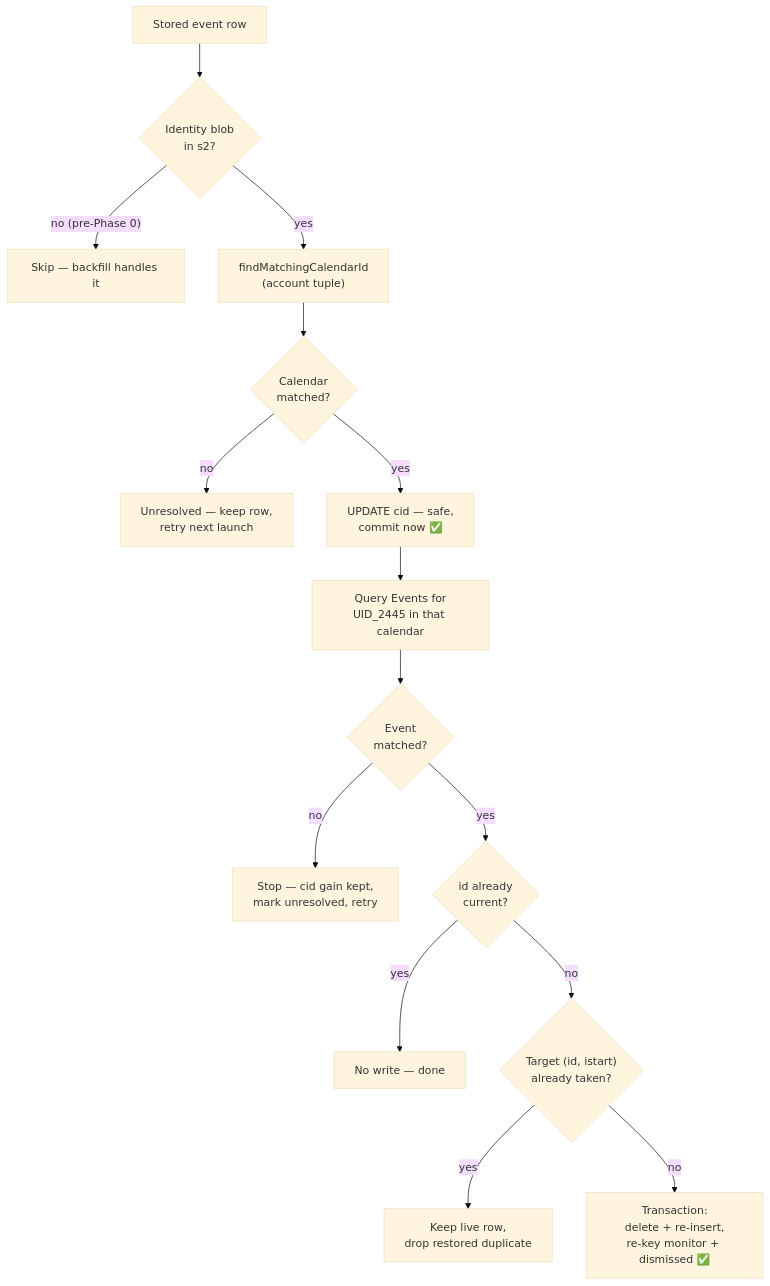
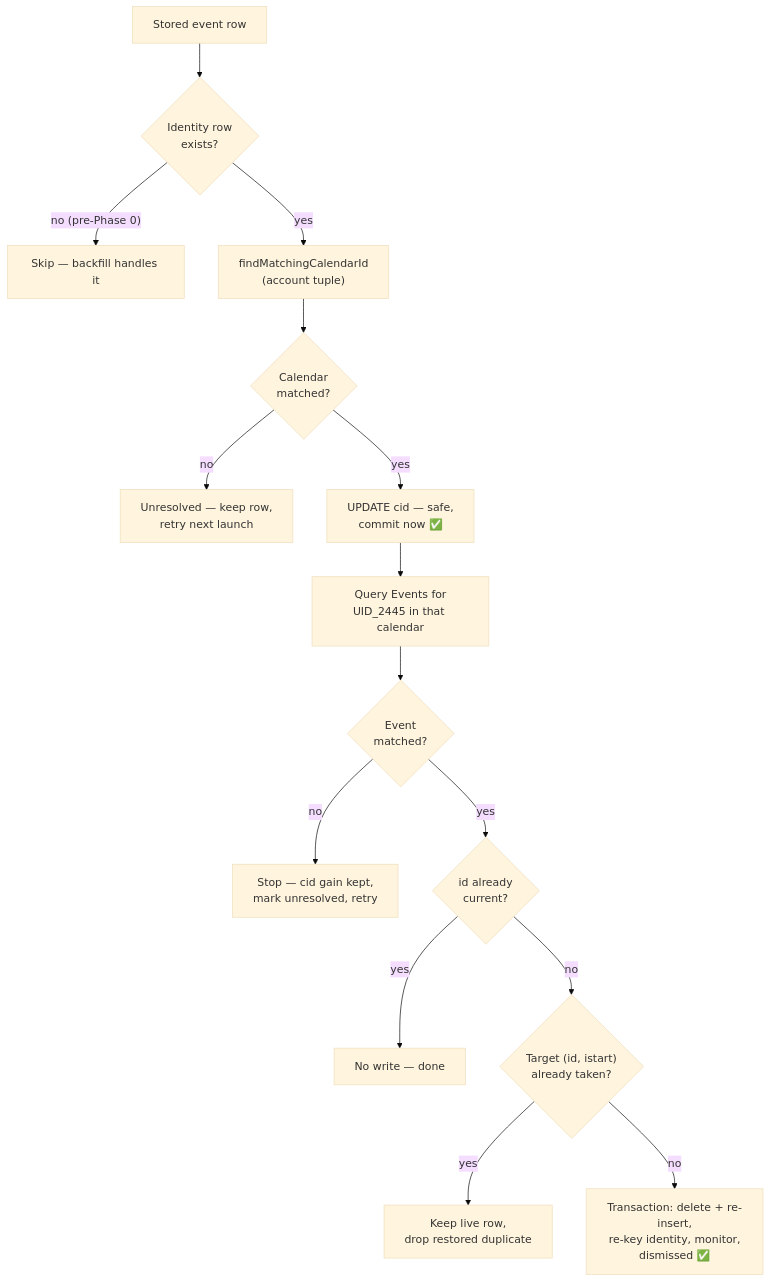
Before and after one commit to williscool/CalendarNotification: the third of 3 diagrams in docs/dev_todo/portable_event_identity.md, drawn with Mermaid (base theme). The commit also changed other lines of this file and 1 other file, not shown here.

````diff
--- a/docs/dev_todo/portable_event_identity.md
+++ b/docs/dev_todo/portable_event_identity.md
@@ -215,21 +230,21 @@
 ```mermaid
 flowchart TD
-    A["Stored event row"] --> B{"Identity blob<br/>in s2?"}
+    A["Stored event row"] --> B{"Identity row<br/>exists?"}
     B -->|"no (pre-Phase 0)"| Z["Skip — backfill handles it"]
     B -->|yes| C["findMatchingCalendarId<br/>(account tuple)"]
 
     C --> D{"Calendar<br/>matched?"}
     D -->|no| Y["Unresolved — keep row,<br/>retry next launch"]
     D -->|yes| S["UPDATE cid — safe,<br/>commit now ✅"]
 
     S --> E["Query Events for<br/>UID_2445 in that calendar"]
     E --> F{"Event<br/>matched?"}
     F -->|no| X["Stop — cid gain kept,<br/>mark unresolved, retry"]
     F -->|yes| G{"id already<br/>current?"}
 
     G -->|yes| W["No write — done"]
     G -->|no| H{"Target (id, istart)<br/>already taken?"}
 
     H -->|yes| V["Keep live row,<br/>drop restored duplicate"]
-    H -->|no| U["Transaction:<br/>delete + re-insert,<br/>re-key monitor + dismissed ✅"]
+    H -->|no| U["Transaction: delete + re-insert,<br/>re-key identity, monitor,<br/>dismissed ✅"]
 ```
````
